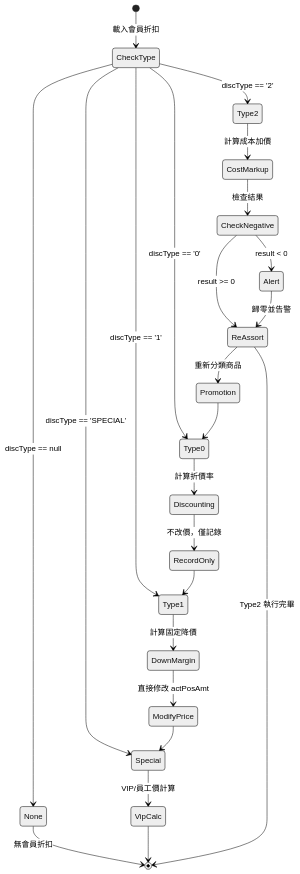
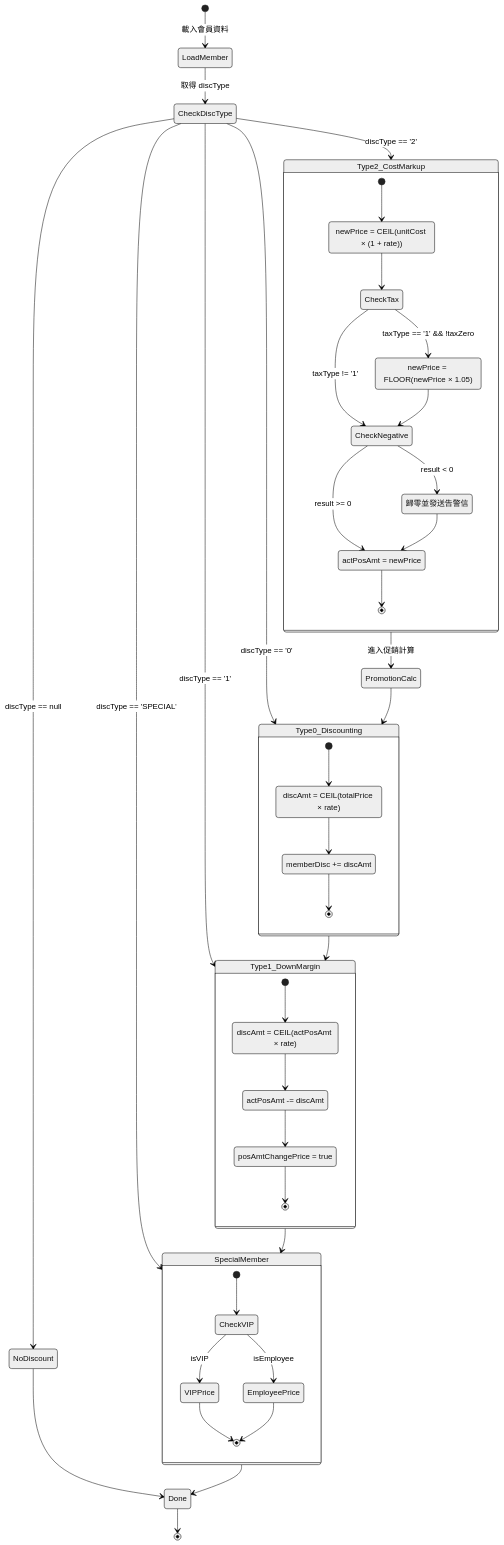
One commit to keepprogress/dddSpecialOrderDemo changed diagram 12 of 33 in specs/002-create-order/pricing-calculation-spec.md. Above: the diagram before and after it, drawn with Mermaid (neutral theme). The commit also changed other lines of this file and 16 other files, not shown here.

````diff
--- a/specs/002-create-order/pricing-calculation-spec.md
+++ b/specs/002-create-order/pricing-calculation-spec.md
@@ -1133,33 +1227,63 @@
 ```mermaid
 stateDiagram-v2
-    [*] --> CheckType: 載入會員折扣
+    [*] --> LoadMember: 載入會員資料
 
-    CheckType --> Type2: discType == '2'
-    CheckType --> Type0: discType == '0'
-    CheckType --> Type1: discType == '1'
-    CheckType --> Special: discType == 'SPECIAL'
-    CheckType --> None: discType == null
+    LoadMember --> CheckDiscType: 取得 discType
 
-    Type2 --> CostMarkup: 計算成本加價
-    CostMarkup --> CheckNegative: 檢查結果
-    CheckNegative --> ReAssort: result >= 0
-    CheckNegative --> Alert: result < 0
-    Alert --> ReAssort: 歸零並告警
-    ReAssort --> Promotion: 重新分類商品
+    CheckDiscType --> Type2_CostMarkup: discType == '2'
+    CheckDiscType --> Type0_Discounting: discType == '0'
+    CheckDiscType --> Type1_DownMargin: discType == '1'
+    CheckDiscType --> SpecialMember: discType == 'SPECIAL'
+    CheckDiscType --> NoDiscount: discType == null
 
-    Type0 --> Discounting: 計算折價率
-    Discounting --> RecordOnly: 不改價，僅記錄
+    state Type2_CostMarkup {
+        [*] --> CalcCostMarkup
+        CalcCostMarkup: newPrice = CEIL(unitCost × (1 + rate))
+        CalcCostMarkup --> CheckTax
+        CheckTax --> AddTax: taxType == '1' && !taxZero
+        CheckTax --> CheckNegative: taxType != '1'
+        AddTax: newPrice = FLOOR(newPrice × 1.05)
+        AddTax --> CheckNegative
+        CheckNegative --> ReplacePrice: result >= 0
+        CheckNegative --> ZeroAndAlert: result < 0
+        ZeroAndAlert: 歸零並發送告警信
+        ZeroAndAlert --> ReplacePrice
+        ReplacePrice: actPosAmt = newPrice
+        ReplacePrice --> [*]
+    }
 
-    Type1 --> DownMargin: 計算固定降價
-    DownMargin --> ModifyPrice: 直接修改 actPosAmt
+    state Type0_Discounting {
+        [*] --> CalcDisc0
+        CalcDisc0: discAmt = CEIL(totalPrice × rate)
+        CalcDisc0 --> RecordOnly
+        RecordOnly: memberDisc += discAmt
+        RecordOnly --> [*]
+    }
 
-    Special --> VipCalc: VIP/員工價計算
+    state Type1_DownMargin {
+        [*] --> CalcDisc1
+        CalcDisc1: discAmt = CEIL(actPosAmt × rate)
+        CalcDisc1 --> ModifyPrice
+        ModifyPrice: actPosAmt -= discAmt
+        ModifyPrice --> SetFlag
+        SetFlag: posAmtChangePrice = true
+        SetFlag --> [*]
+    }
 
-    None --> [*]: 無會員折扣
+    state SpecialMember {
+        [*] --> CheckVIP
+        CheckVIP --> VIPPrice: isVIP
+        CheckVIP --> EmployeePrice: isEmployee
+        VIPPrice --> [*]
+        EmployeePrice --> [*]
+    }
 
-    Promotion --> Type0
-    RecordOnly --> Type1
-    ModifyPrice --> Special
-    VipCalc --> [*]
-    ReAssort --> [*]: Type2 執行完畢
+    Type2_CostMarkup --> PromotionCalc: 進入促銷計算
+    PromotionCalc --> Type0_Discounting
+    Type0_Discounting --> Type1_DownMargin
+    Type1_DownMargin --> SpecialMember
+    SpecialMember --> Done
+    NoDiscount --> Done
+
+    Done --> [*]
 ```
````
